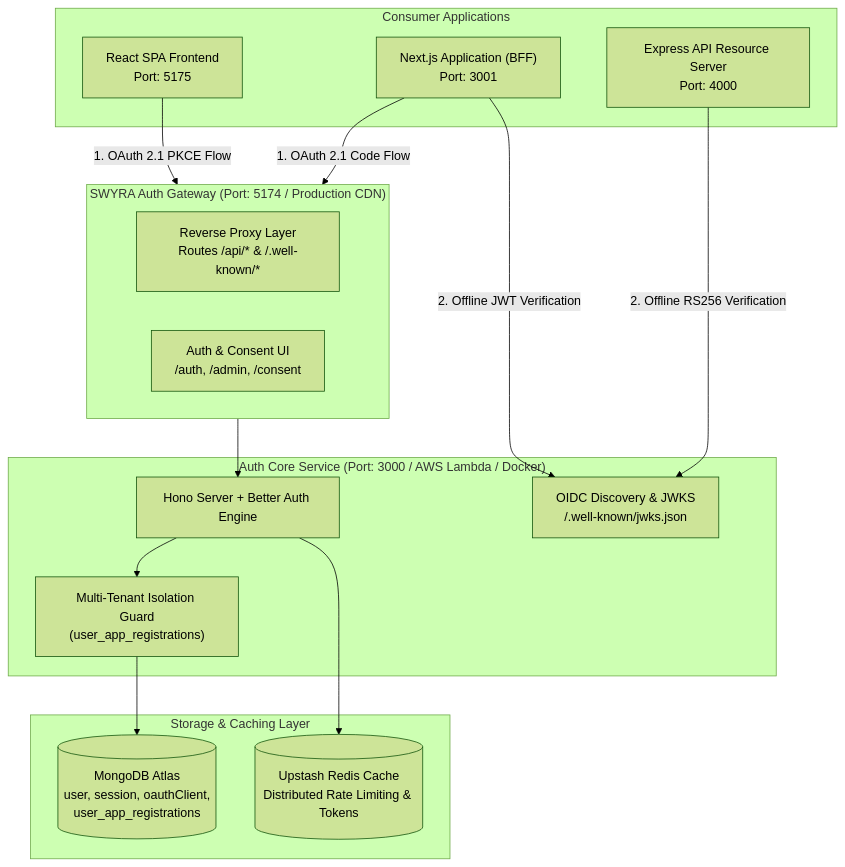
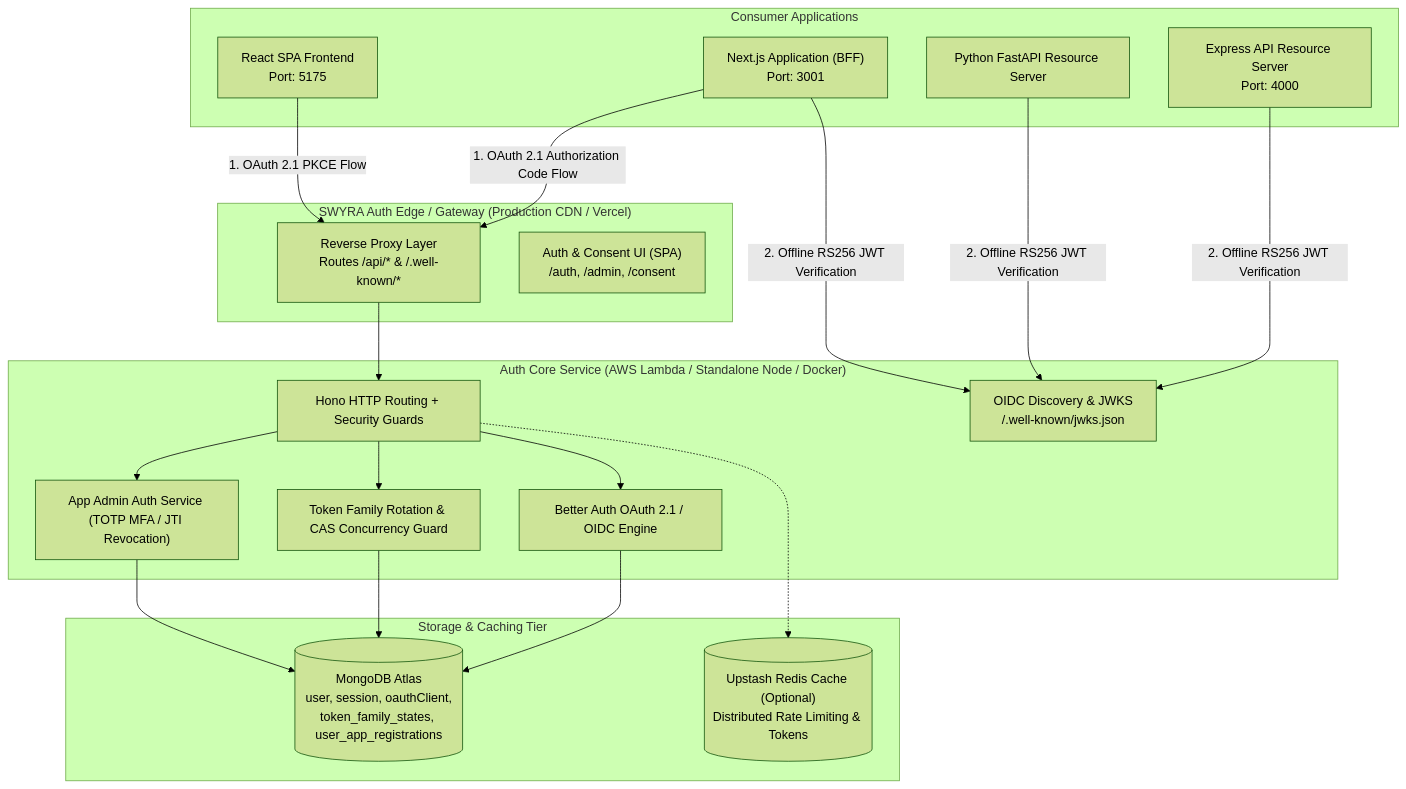
Before and after one commit to SGOD-pro/OAuth2.1: the first of 3 diagrams in docs/ARCHITECTURE.md, drawn with Mermaid (forest theme). The commit also changed other lines of this file and 13 other files, not shown here.

````diff
--- a/docs/ARCHITECTURE.md
+++ b/docs/ARCHITECTURE.md
@@ -9,33 +11,41 @@
 ```mermaid
 flowchart TD
     subgraph Clients["Consumer Applications"]
         NextApp["Next.js Application (BFF)<br/>Port: 3001"]
         ReactApp["React SPA Frontend<br/>Port: 5175"]
         ExpressApp["Express API Resource Server<br/>Port: 4000"]
+        FastAPIApp["Python FastAPI Resource Server"]
     end
 
-    subgraph Gateway["SWYRA Auth Gateway (Port: 5174 / Production CDN)"]
-        ViteProxy["Reverse Proxy Layer<br/>Routes /api/* & /.well-known/*"]
-        AuthUI["Auth & Consent UI<br/>/auth, /admin, /consent"]
+    subgraph Gateway["SWYRA Auth Edge / Gateway (Production CDN / Vercel)"]
+        ReverseProxy["Reverse Proxy Layer<br/>Routes /api/* & /.well-known/*"]
+        AuthUI["Auth & Consent UI (SPA)<br/>/auth, /admin, /consent"]
     end
 
-    subgraph Core["Auth Core Service (Port: 3000 / AWS Lambda / Docker)"]
-        HonoApp["Hono Server + Better Auth Engine"]
-        AppIsolation["Multi-Tenant Isolation Guard<br/>(user_app_registrations)"]
+    subgraph Core["Auth Core Service (AWS Lambda / Standalone Node / Docker)"]
+        HonoApp["Hono HTTP Routing + Security Guards"]
+        BetterAuth["Better Auth OAuth 2.1 / OIDC Engine"]
+        TokenFamily["Token Family Rotation & CAS Concurrency Guard"]
+        AppAdminService["App Admin Auth Service (TOTP MFA / JTI Revocation)"]
         JWKSEndpoint["OIDC Discovery & JWKS<br/>/.well-known/jwks.json"]
     end
 
-    subgraph Storage["Storage & Caching Layer"]
-        MongoDB[("MongoDB Atlas<br/>user, session, oauthClient,<br/>user_app_registrations")]
-        Redis[("Upstash Redis Cache<br/>Distributed Rate Limiting & Tokens")]
+    subgraph Storage["Storage & Caching Tier"]
+        MongoDB[("MongoDB Atlas<br/>user, session, oauthClient,<br/>token_family_states, user_app_registrations")]
+        Redis[("Upstash Redis Cache (Optional)<br/>Distributed Rate Limiting & Tokens")]
     end
 
-    NextApp -- "1. OAuth 2.1 Code Flow" --> Gateway
-    ReactApp -- "1. OAuth 2.1 PKCE Flow" --> Gateway
-    Gateway --> HonoApp
-    HonoApp --> AppIsolation
-    AppIsolation --> MongoDB
-    HonoApp --> Redis
-    ExpressApp -- "2. Offline RS256 Verification" --> JWKSEndpoint
-    NextApp -- "2. Offline JWT Verification" --> JWKSEndpoint
+    NextApp -- "1. OAuth 2.1 Authorization Code Flow" --> ReverseProxy
+    ReactApp -- "1. OAuth 2.1 PKCE Flow" --> ReverseProxy
+    ReverseProxy --> HonoApp
+    HonoApp --> BetterAuth
+    HonoApp --> TokenFamily
+    HonoApp --> AppAdminService
+    BetterAuth --> MongoDB
+    TokenFamily --> MongoDB
+    AppAdminService --> MongoDB
+    HonoApp -.-> Redis
+    ExpressApp -- "2. Offline RS256 JWT Verification" --> JWKSEndpoint
+    FastAPIApp -- "2. Offline RS256 JWT Verification" --> JWKSEndpoint
+    NextApp -- "2. Offline RS256 JWT Verification" --> JWKSEndpoint
 ```
````
